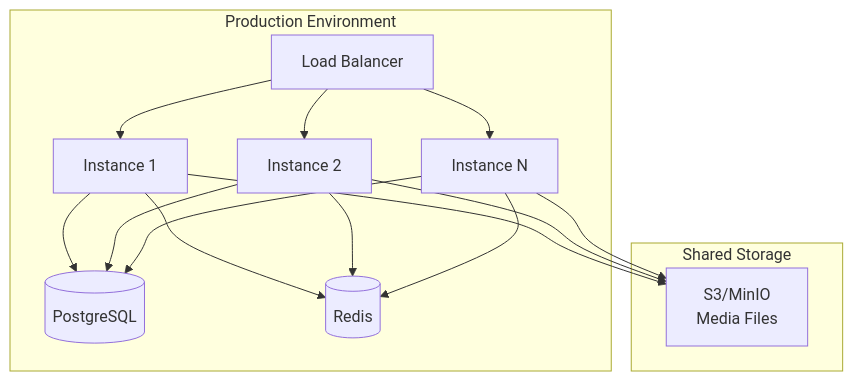
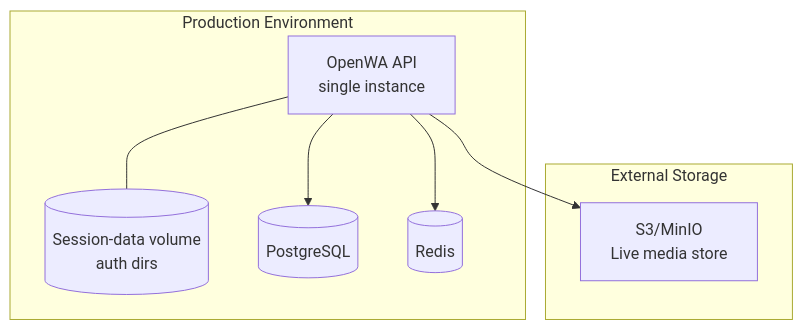
One commit to suryansh-business-work/duncit-all changed diagram 15 of 24 in portals/crm/open-wa-server/docs/03-system-architecture.md. Above: the diagram before and after it, drawn with Mermaid. The commit also changed other lines of this file and 2547 other files, not shown here.

````diff
--- a/portals/crm/open-wa-server/docs/03-system-architecture.md
+++ b/portals/crm/open-wa-server/docs/03-system-architecture.md
@@ -693,24 +664,17 @@
 ```mermaid
 flowchart TB
     subgraph Production["Production Environment"]
-        LB[Load Balancer] --> I1[Instance 1]
-        LB --> I2[Instance 2]
-        LB --> I3[Instance N]
-        
-        I1 --> DB[(PostgreSQL)]
-        I2 --> DB
-        I3 --> DB
-        
-        I1 --> REDIS[(Redis)]
-        I2 --> REDIS
-        I3 --> REDIS
+        API[OpenWA API<br/>single instance]
+        VOL[(Session-data volume<br/>auth dirs)]
+
+        API --- VOL
+        API --> DB[(PostgreSQL)]
+        API --> REDIS[(Redis)]
     end
-    
-    subgraph Storage["Shared Storage"]
-        S3[S3/MinIO<br/>Media Files]
+
+    subgraph Storage["External Storage"]
+        S3[S3/MinIO<br/>Live media store]
     end
-    
-    I1 --> S3
-    I2 --> S3
-    I3 --> S3
+
+    API --> S3
 ```
````
